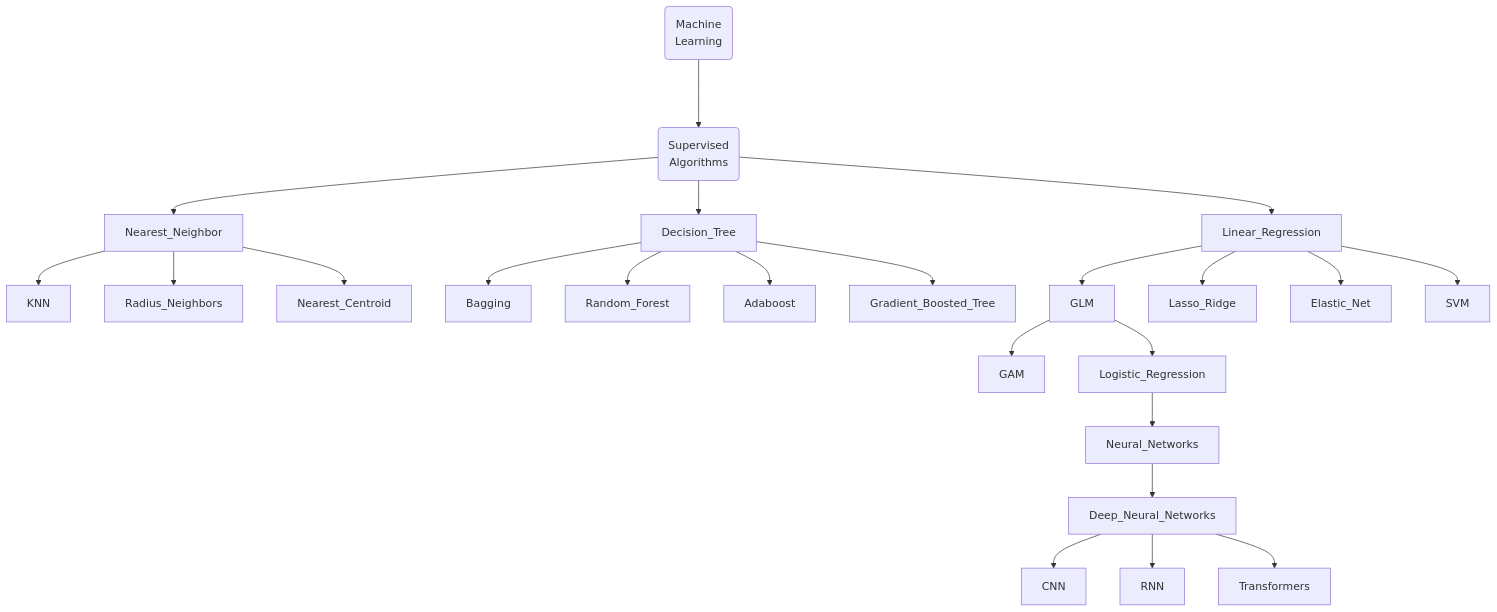
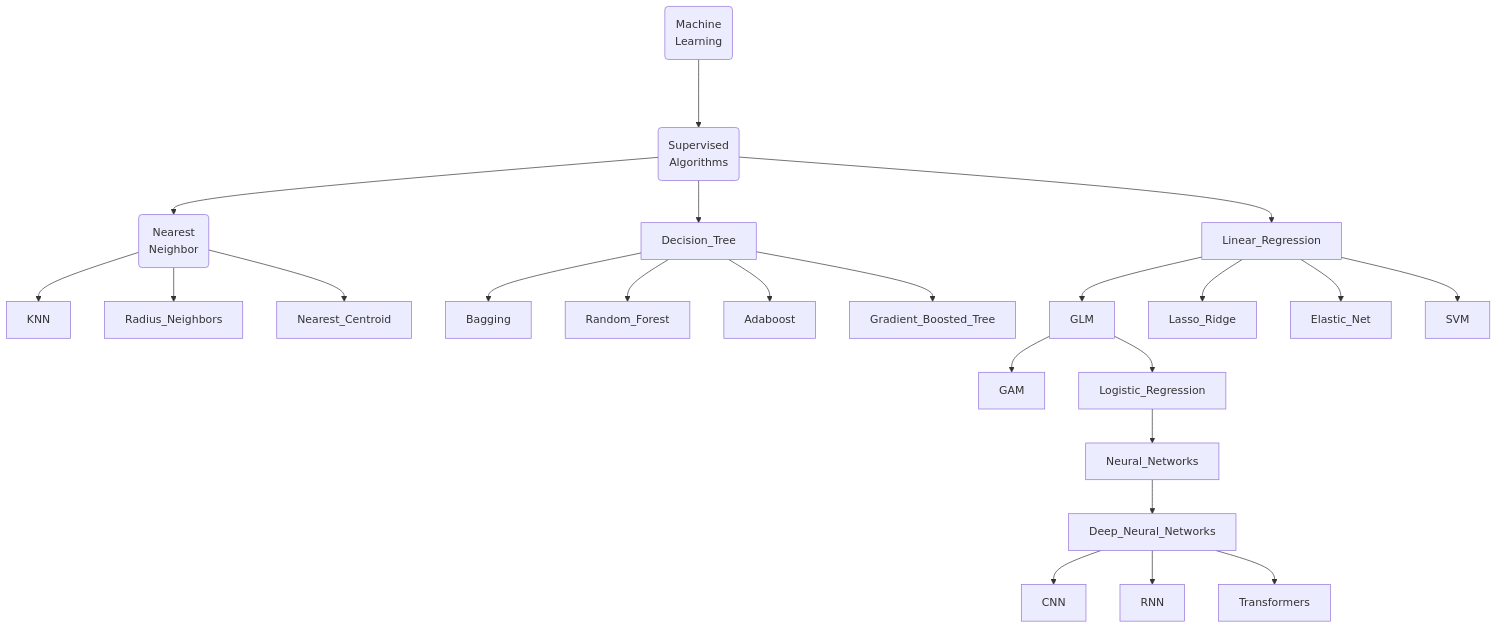
One commit to hwetsman/Public_Notes changed the diagram in ML_Tree.md. Above: the diagram before and after it, drawn with Mermaid.

Commit message:
Refactor: fix Nearest Neighbor

`````diff
--- a/ML_Tree.md
+++ b/ML_Tree.md
@@ -1,29 +1,27 @@
 ````mermaid
 flowchart TB
   Machine_Learning(Machine<br>Learning)
   Supervised(Supervised<br>Algorithms)
-    Supervised-->Nearest_Neighbor
- 
+    Supervised-->Nearest(Nearest<br>Neighbor)
       Machine_Learning--->Supervised
-
-    Nearest_Neighbor --> KNN
-    Nearest_Neighbor --> Radius_Neighbors
-    Nearest_Neighbor --> Nearest_Centroid
+    Nearest --> KNN
+    Nearest --> Radius_Neighbors
+    Nearest --> Nearest_Centroid
     Supervised --> Decision_Tree
     Decision_Tree --> Bagging
     Decision_Tree --> Random_Forest
     Decision_Tree --> Adaboost
     Decision_Tree --> Gradient_Boosted_Tree
     Supervised --> Linear_Regression
     Linear_Regression --> GLM
     GLM --> GAM
     GLM --> Logistic_Regression
     Logistic_Regression --> Neural_Networks
     Neural_Networks --> Deep_Neural_Networks
     Deep_Neural_Networks --> CNN
     Deep_Neural_Networks --> RNN
     Deep_Neural_Networks --> Transformers
     Linear_Regression --> Lasso_Ridge
     Linear_Regression --> Elastic_Net
     Linear_Regression --> SVM
 ````
`````
